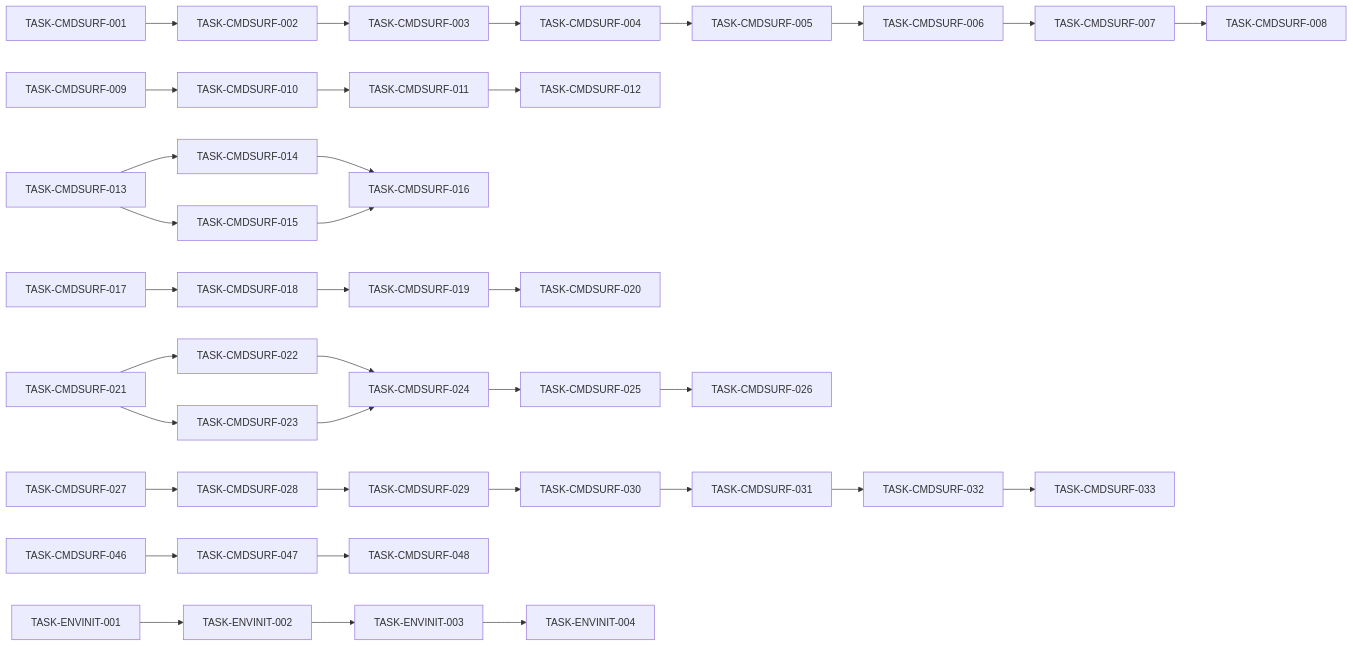
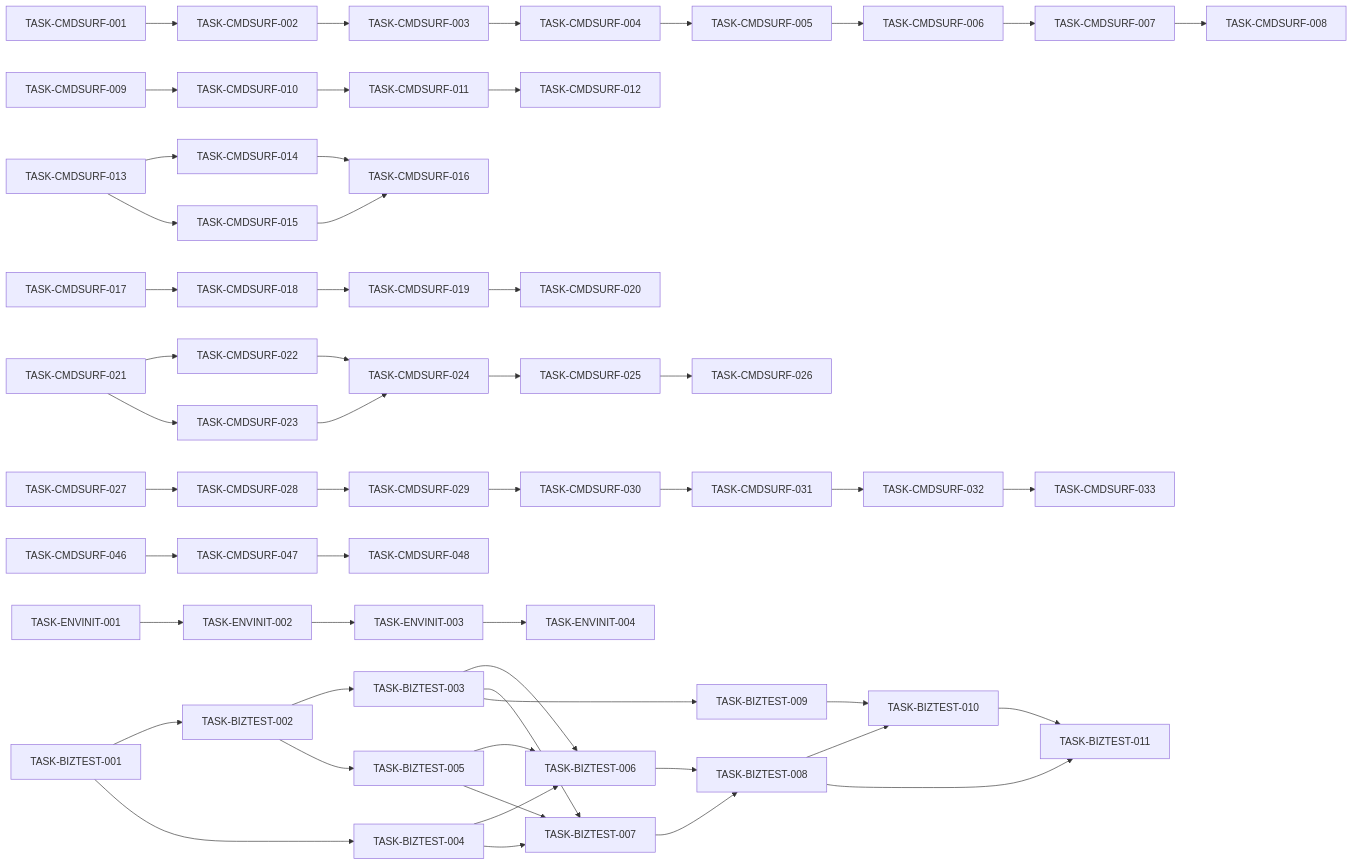
Before and after one commit to hollisyao2024/PromptsEngineering: the diagram in docs/data/task-dependency-matrix.md, drawn with Mermaid. The commit also changed other lines of this file and 65 other files, not shown here.

````diff
--- a/docs/data/task-dependency-matrix.md
+++ b/docs/data/task-dependency-matrix.md
@@ -43,37 +60,54 @@
 ```mermaid
 flowchart LR
   T1[TASK-CMDSURF-001] --> T2[TASK-CMDSURF-002]
   T2 --> T3[TASK-CMDSURF-003]
   T3 --> T4[TASK-CMDSURF-004]
   T4 --> T5[TASK-CMDSURF-005]
   T5 --> T6[TASK-CMDSURF-006]
   T6 --> T7[TASK-CMDSURF-007]
   T7 --> T8[TASK-CMDSURF-008]
   C9[TASK-CMDSURF-009] --> C10[TASK-CMDSURF-010]
   C10 --> C11[TASK-CMDSURF-011]
   C11 --> C12[TASK-CMDSURF-012]
   C13[TASK-CMDSURF-013] --> C14[TASK-CMDSURF-014]
   C13 --> C15[TASK-CMDSURF-015]
   C14 --> C16[TASK-CMDSURF-016]
   C15 --> C16
   W17[TASK-CMDSURF-017] --> W18[TASK-CMDSURF-018]
   W18 --> W19[TASK-CMDSURF-019]
   W19 --> W20[TASK-CMDSURF-020]
   H21[TASK-CMDSURF-021] --> H22[TASK-CMDSURF-022]
   H21 --> H23[TASK-CMDSURF-023]
   H22 --> H24[TASK-CMDSURF-024]
   H23 --> H24
   H24 --> H25[TASK-CMDSURF-025]
   H25 --> H26[TASK-CMDSURF-026]
   X27[TASK-CMDSURF-027] --> X28[TASK-CMDSURF-028]
   X28 --> X29[TASK-CMDSURF-029]
   X29 --> X30[TASK-CMDSURF-030]
   X30 --> X31[TASK-CMDSURF-031]
   X31 --> X32[TASK-CMDSURF-032]
   X32 --> X33[TASK-CMDSURF-033]
   S46[TASK-CMDSURF-046] --> S47[TASK-CMDSURF-047]
   S47 --> S48[TASK-CMDSURF-048]
   E1[TASK-ENVINIT-001] --> E2[TASK-ENVINIT-002]
   E2 --> E3[TASK-ENVINIT-003]
   E3 --> E4[TASK-ENVINIT-004]
+  B1[TASK-BIZTEST-001] --> B2[TASK-BIZTEST-002]
+  B1 --> B4[TASK-BIZTEST-004]
+  B2 --> B3[TASK-BIZTEST-003]
+  B2 --> B5[TASK-BIZTEST-005]
+  B3 --> B6[TASK-BIZTEST-006]
+  B4 --> B6
+  B5 --> B6
+  B3 --> B7[TASK-BIZTEST-007]
+  B4 --> B7
+  B5 --> B7
+  B6 --> B8[TASK-BIZTEST-008]
+  B7 --> B8
+  B3 --> B9[TASK-BIZTEST-009]
+  B8 --> B10[TASK-BIZTEST-010]
+  B9 --> B10
+  B8 --> B11[TASK-BIZTEST-011]
+  B10 --> B11
 ```
````
